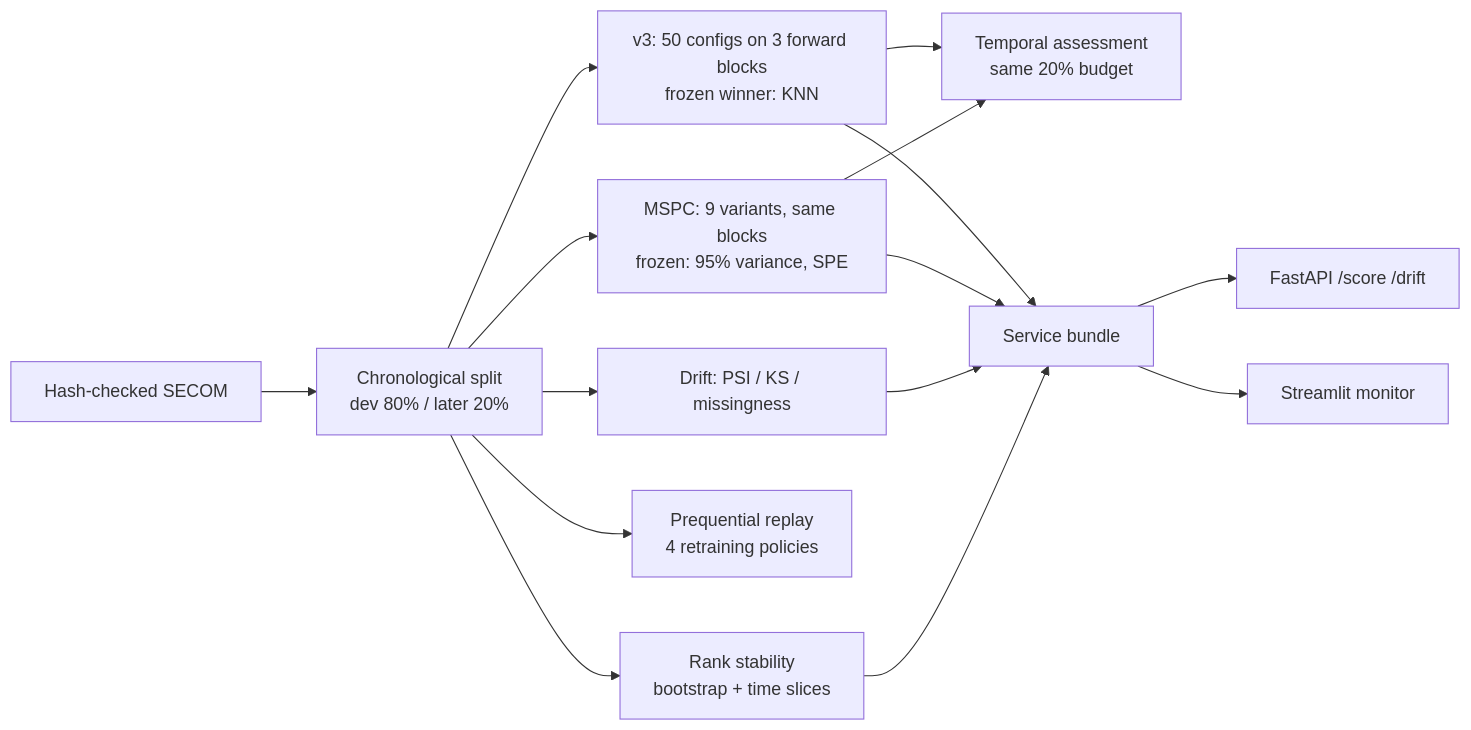
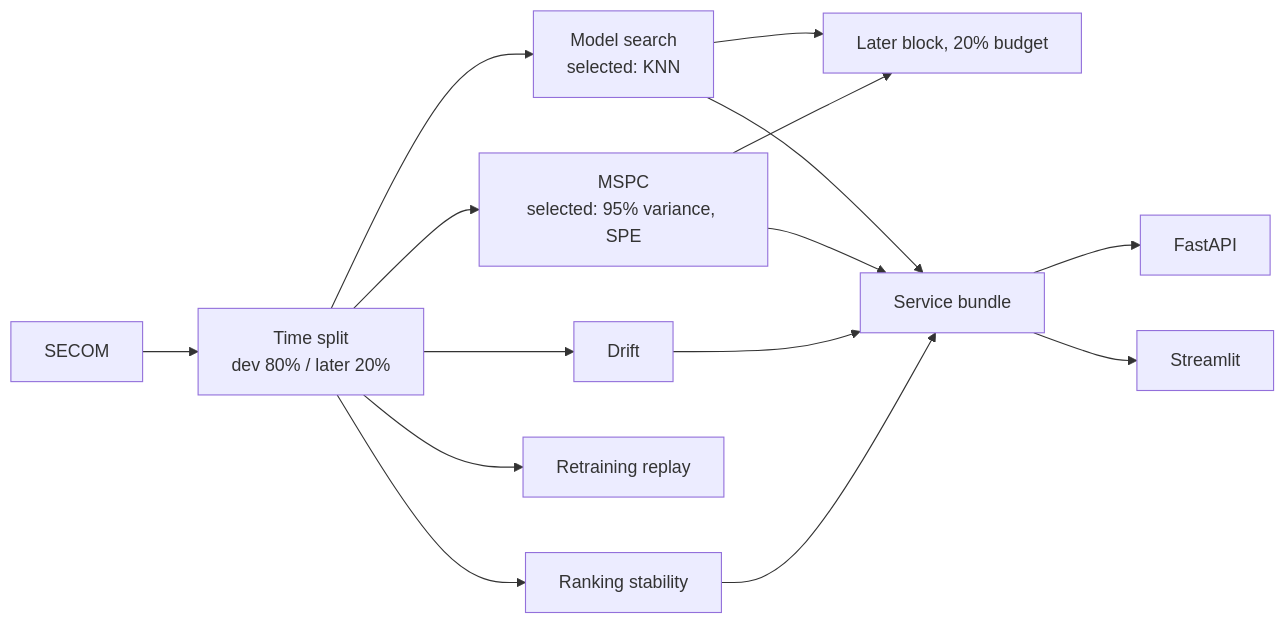
The diagram in README.md (Paul-Lai0111/semiconductor-yield-anomaly-detection), drawn with Mermaid before and after one commit. The commit also changed other lines of this file and 2 other files, not shown here.

````diff
--- a/README.md
+++ b/README.md
@@ -41,17 +39,17 @@
 ```mermaid
 flowchart LR
-    A[Hash-checked SECOM] --> B[Chronological split<br/>dev 80% / later 20%]
-    B --> C[v3: 50 configs on 3 forward blocks<br/>frozen winner: KNN]
-    B --> D[MSPC: 9 variants, same blocks<br/>frozen: 95% variance, SPE]
-    C --> E[Temporal assessment<br/>same 20% budget]
+    A[SECOM] --> B[Time split<br/>dev 80% / later 20%]
+    B --> C[Model search<br/>selected: KNN]
+    B --> D[MSPC<br/>selected: 95% variance, SPE]
+    C --> E[Later block, 20% budget]
     D --> E
-    B --> F[Drift: PSI / KS / missingness]
-    B --> G[Prequential replay<br/>4 retraining policies]
-    B --> H[Rank stability<br/>bootstrap + time slices]
+    B --> F[Drift]
+    B --> G[Retraining replay]
+    B --> H[Ranking stability]
     C --> I[Service bundle]
     D --> I
     F --> I
     H --> I
-    I --> J[FastAPI /score /drift]
-    I --> K[Streamlit monitor]
+    I --> J[FastAPI]
+    I --> K[Streamlit]
 ```
````
